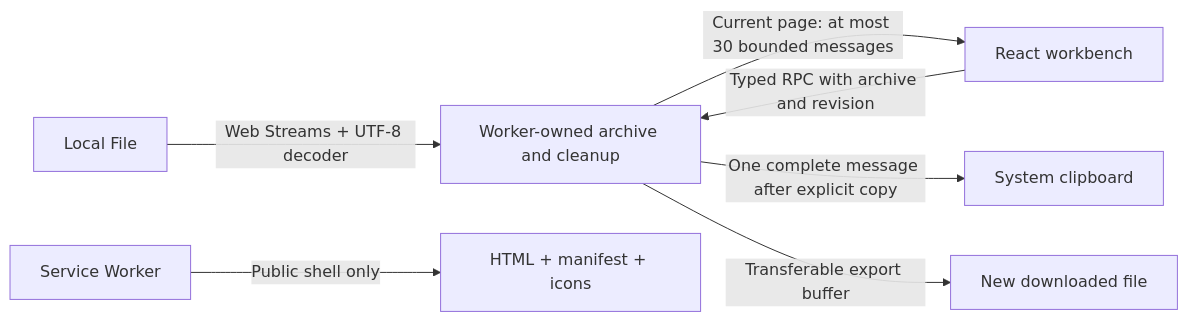
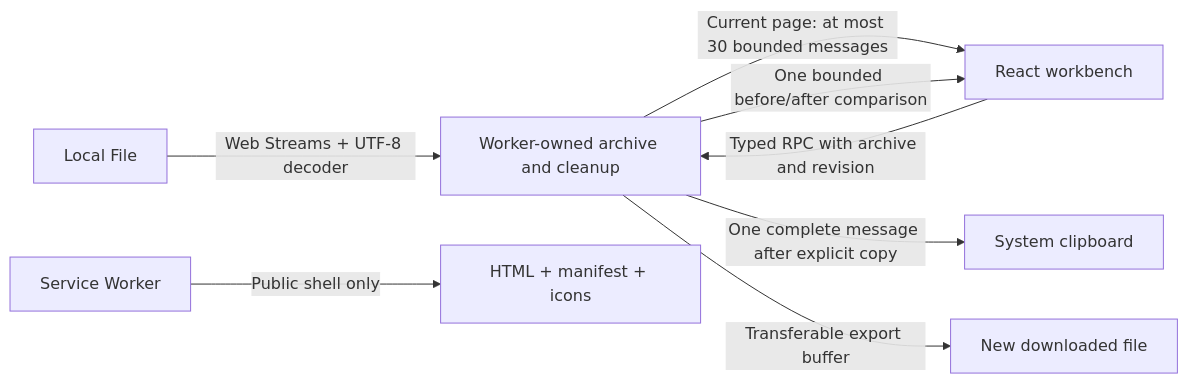
Before and after one commit to hajimi1214/ThreadPack: the diagram in docs/ARCHITECTURE.md, drawn with Mermaid. The commit also changed other lines of this file and 5 other files, not shown here.

````diff
--- a/docs/ARCHITECTURE.md
+++ b/docs/ARCHITECTURE.md
@@ -5,9 +5,10 @@
 ```mermaid
 flowchart LR
     File[Local File] -->|Web Streams + UTF-8 decoder| Worker[Worker-owned archive and cleanup]
     UI[React workbench] -->|Typed RPC with archive and revision| Worker
     Worker -->|Current page: at most 30 bounded messages| UI
     Worker -->|One complete message after explicit copy| Clipboard[System clipboard]
+    Worker -->|One bounded before/after comparison| UI
     Worker -->|Transferable export buffer| Download[New downloaded file]
     SW[Service Worker] -->|Public shell only| Cache[HTML + manifest + icons]
 ```
````
